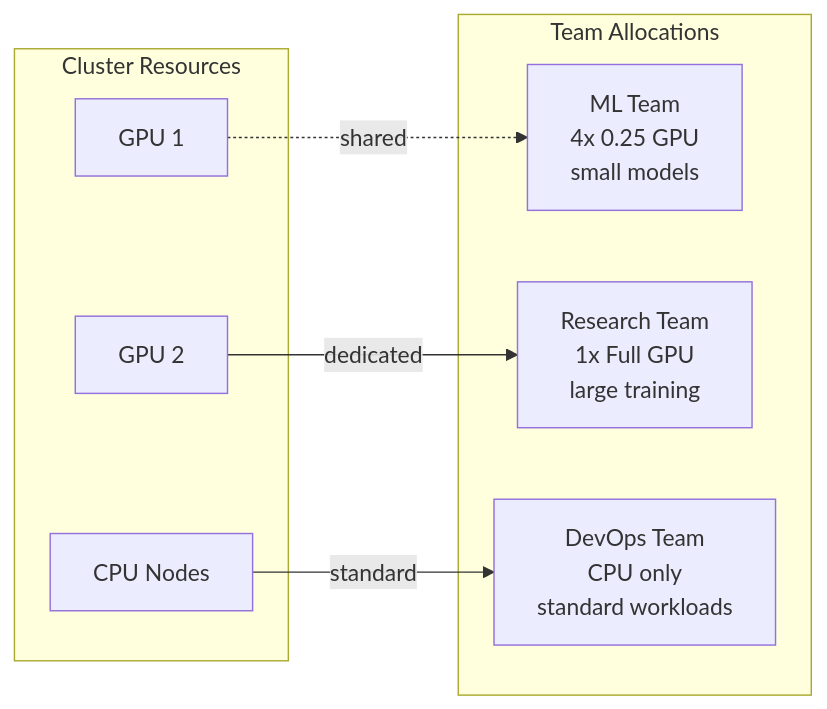
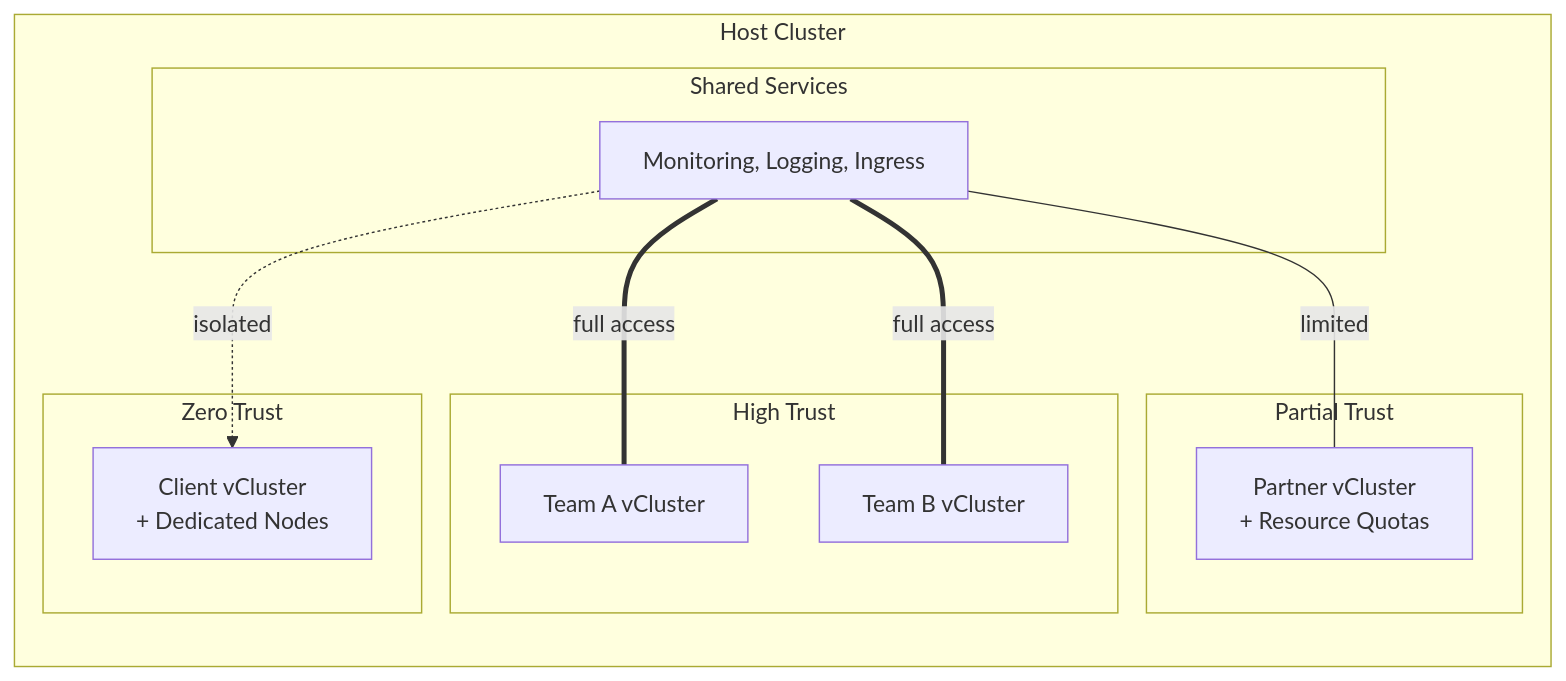
The fourth of 4 diagrams in kai-scheduler/presentation.md (Piotr1215/youtube), drawn with Mermaid before and after one commit. The commit also changed other lines of this file and 29 other files, not shown here.

````diff
--- a/kai-scheduler/presentation.md
+++ b/kai-scheduler/presentation.md
@@ -43,18 +291,26 @@
-```mermaid +render +width:85%
+```mermaid +render
 graph LR
-    subgraph "Cluster Resources"
-        GPU1[GPU 1]
-        GPU2[GPU 2] 
-        CPU[CPU Nodes]
+    subgraph "Host Cluster"
+        subgraph "Shared Services"
+            S[Monitoring, Logging, Ingress]
+        end
+        
+        subgraph "High Trust"
+            A[Team A vCluster]
+            B[Team B vCluster]
+        end
+        
+        subgraph "Partial Trust"
+            P[Partner vCluster<br/>+ Resource Quotas]
+        end
+        
+        subgraph "Zero Trust"
+            C[Client vCluster<br/>+ Dedicated Nodes]
+        end
+        
+        S ===|full access| A
+        S ===|full access| B
+        S ---|limited| P
+        S -.->|isolated| C
     end
-    
-    subgraph "Team Allocations"
-        ML[ML Team<br/>4x 0.25 GPU<br/>small models]
-        Research[Research Team<br/>1x Full GPU<br/>large training]
-        DevOps[DevOps Team<br/>CPU only<br/>standard workloads]
-    end
-    
-    GPU1 -.->|shared| ML
-    GPU2 -->|dedicated| Research
-    CPU -->|standard| DevOps
 ```
````
